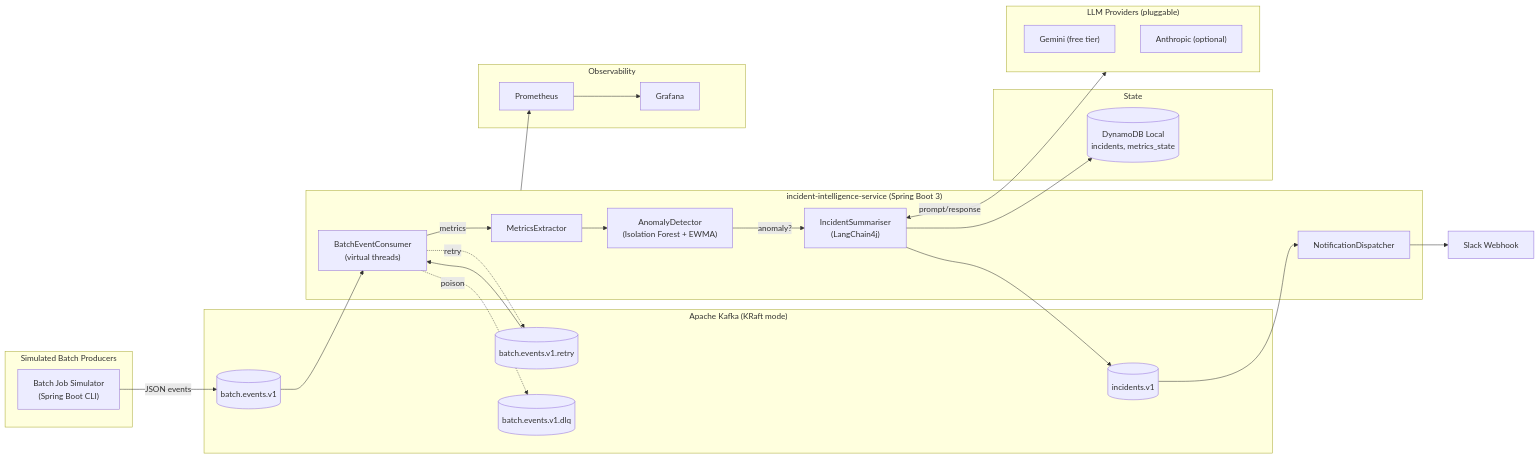
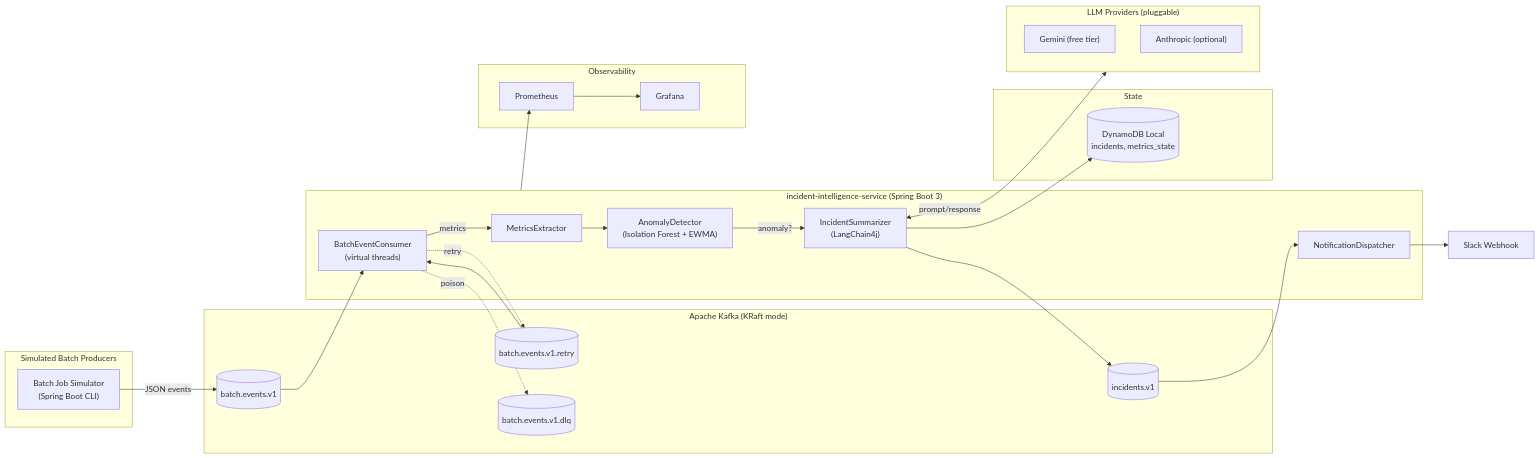
The diagram in README.md (BibinFrancisK/intelligent-batch-incident-handler), drawn with Mermaid before and after one commit. The commit also changed 33 other files, not shown here.

````diff
--- a/README.md
+++ b/README.md
@@ -20,55 +20,55 @@
 ```mermaid
 flowchart LR
     subgraph PROD["Simulated Batch Producers"]
         P1["Batch Job Simulator\n(Spring Boot CLI)"]
     end
 
     subgraph KAFKA["Apache Kafka (KRaft mode)"]
         T1[("batch.events.v1")]
         T2[("batch.events.v1.retry")]
         T3[("batch.events.v1.dlq")]
         T4[("incidents.v1")]
     end
 
     subgraph APP["incident-intelligence-service (Spring Boot 3)"]
         C1["BatchEventConsumer\n(virtual threads)"]
         M1["MetricsExtractor"]
         A1["AnomalyDetector\n(Isolation Forest + EWMA)"]
-        L1["IncidentSummariser\n(LangChain4j)"]
+        L1["IncidentSummarizer\n(LangChain4j)"]
         N1["NotificationDispatcher"]
     end
 
     subgraph STORE["State"]
         D1[("DynamoDB Local\nincidents, metrics_state")]
     end
 
     subgraph OBS["Observability"]
         PR["Prometheus"]
         GR["Grafana"]
     end
 
     subgraph LLM["LLM Providers (pluggable)"]
         G1["Gemini (free tier)"]
         AN["Anthropic (optional)"]
     end
 
     SL["Slack Webhook"]
 
     P1 -->|JSON events| T1
     T1 --> C1
     C1 -->|metrics| M1
     M1 --> A1
     A1 -->|anomaly?| L1
     L1 <-->|prompt/response| LLM
     L1 --> T4
     L1 --> D1
     N1 --> SL
     T4 --> N1
 
     C1 -.retry.-> T2
     T2 --> C1
     C1 -.poison.-> T3
 
     APP --> PR
     PR --> GR
 ```
````
